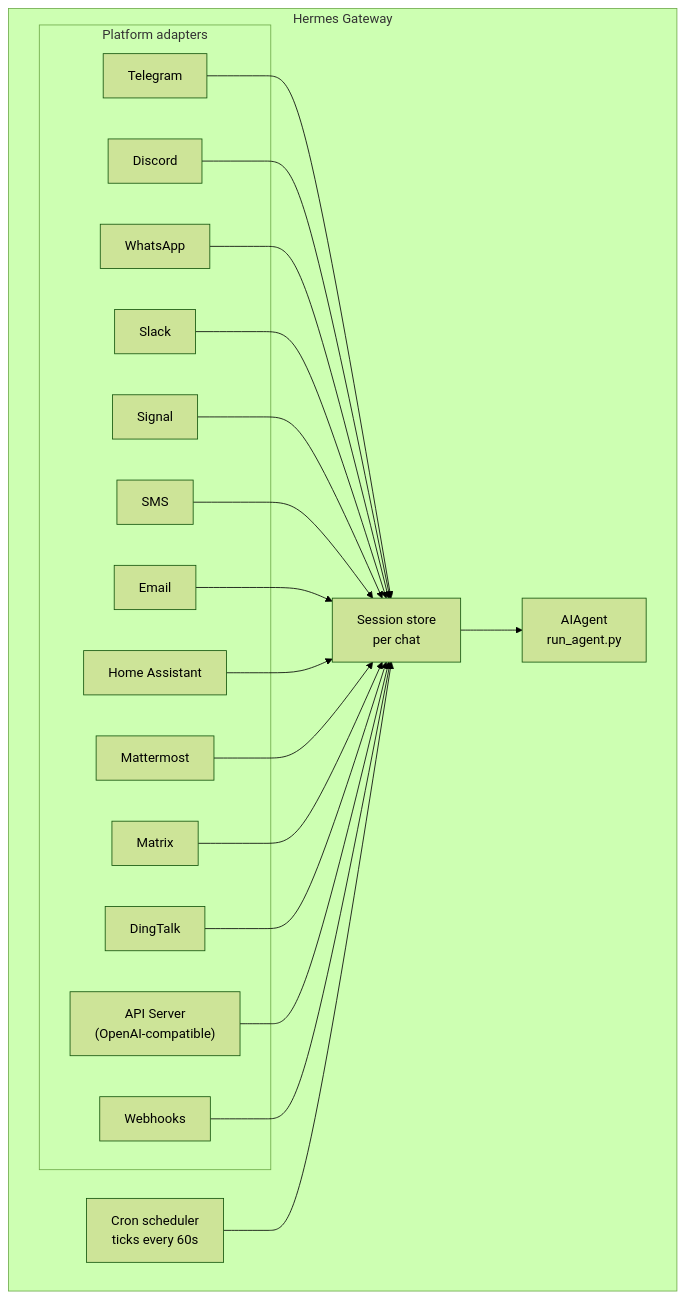
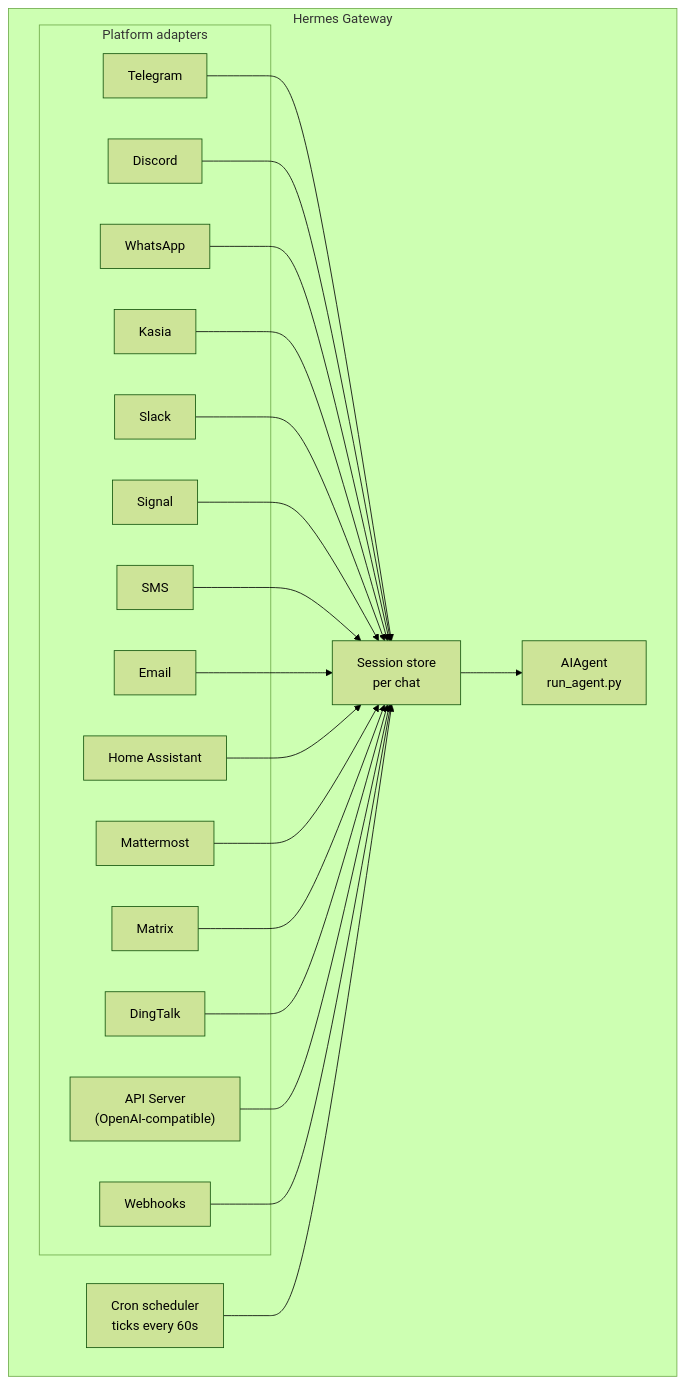
The diagram in website/docs/user-guide/messaging/index.md (NousResearch/hermes-agent), drawn with Mermaid (forest theme) before and after one commit. The commit also changed other lines of this file and 14 other files, not shown here.

````diff
--- a/website/docs/user-guide/messaging/index.md
+++ b/website/docs/user-guide/messaging/index.md
@@ -15,40 +15,42 @@
 ```mermaid
 flowchart TB
     subgraph Gateway["Hermes Gateway"]
         subgraph Adapters["Platform adapters"]
             tg[Telegram]
             dc[Discord]
             wa[WhatsApp]
+            ks[Kasia]
             sl[Slack]
             sig[Signal]
             sms[SMS]
             em[Email]
             ha[Home Assistant]
             mm[Mattermost]
             mx[Matrix]
             dt[DingTalk]
             api["API Server<br/>(OpenAI-compatible)"]
             wh[Webhooks]
         end
 
         store["Session store<br/>per chat"]
         agent["AIAgent<br/>run_agent.py"]
         cron["Cron scheduler<br/>ticks every 60s"]
     end
 
     tg --> store
     dc --> store
     wa --> store
+    ks --> store
     sl --> store
     sig --> store
     sms --> store
     em --> store
     ha --> store
     mm --> store
     mx --> store
     dt --> store
     api --> store
     wh --> store
     store --> agent
     cron --> store
 ```
````
